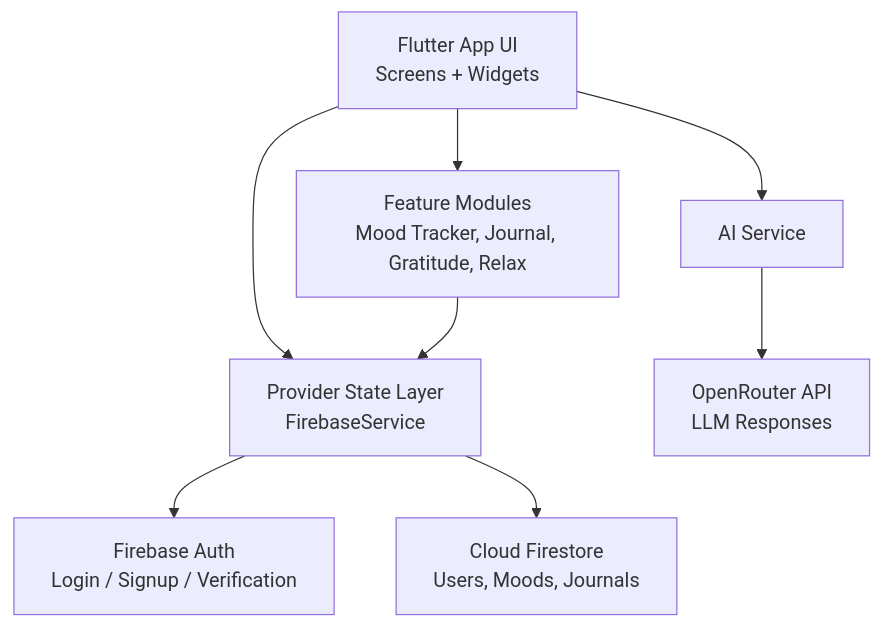
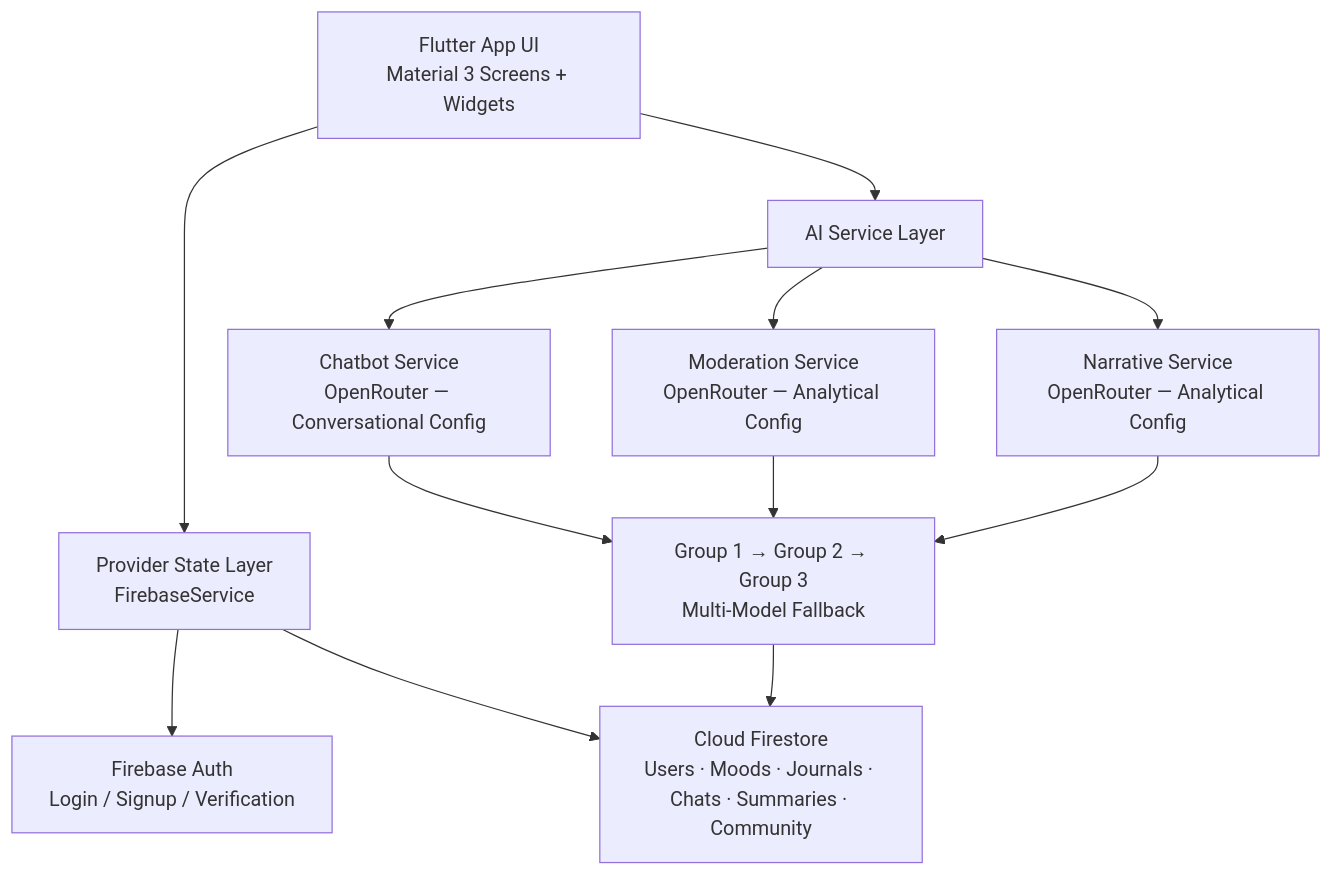
One commit to Imen-rekik/mentalbloom changed the diagram in README.md. Above: the diagram before and after it, drawn with Mermaid. The commit also changed other lines of this file, not shown here.

````diff
--- a/README.md
+++ b/README.md
@@ -70,10 +139,14 @@
 ```mermaid
 flowchart TD
-   A[Flutter App UI\nScreens + Widgets] --> B[Provider State Layer\nFirebaseService]
+   A[Flutter App UI\nMaterial 3 Screens + Widgets] --> B[Provider State Layer\nFirebaseService]
    B --> C[Firebase Auth\nLogin / Signup / Verification]
-   B --> D[Cloud Firestore\nUsers, Moods, Journals]
-   A --> E[AI Service]
-   E --> F[OpenRouter API\nLLM Responses]
-   A --> G[Feature Modules\nMood Tracker, Journal, Gratitude, Relax]
-   G --> B
+   B --> D[Cloud Firestore\nUsers · Moods · Journals · Chats · Summaries · Community]
+   A --> E[AI Service Layer]
+   E --> F1[Chatbot Service\nOpenRouter — Conversational Config]
+   E --> F2[Moderation Service\nOpenRouter — Analytical Config]
+   E --> F3[Narrative Service\nOpenRouter — Analytical Config]
+   F1 --> G[Group 1 → Group 2 → Group 3\nMulti-Model Fallback]
+   F2 --> G
+   F3 --> G
+   G --> D
 ```
````
